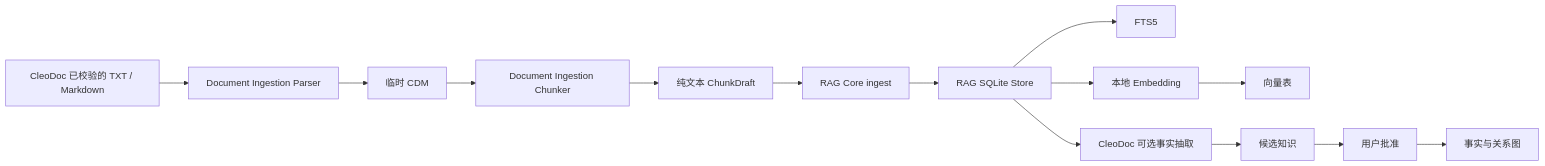
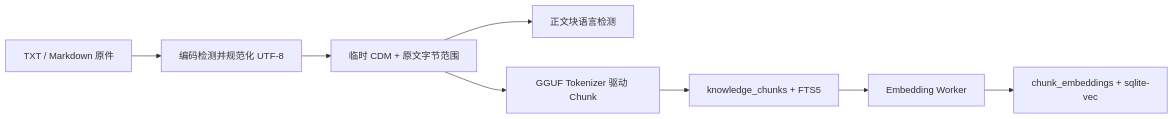
One commit to Mengman/CleoDoc changed the second of 3 diagrams in docs/TECHNICAL_ARCHITECTURE.md. Above: the diagram before and after it, drawn with Mermaid. The commit also changed other lines of this file and 13 other files, not shown here.

````diff
--- a/docs/TECHNICAL_ARCHITECTURE.md
+++ b/docs/TECHNICAL_ARCHITECTURE.md
@@ -517,16 +148,10 @@
 ```mermaid
 flowchart LR
-    SOURCE["CleoDoc 已校验的 TXT / Markdown"] --> PARSE["Document Ingestion Parser"]
-    PARSE --> CDM["临时 CDM"]
-    CDM --> CHUNKER["Document Ingestion Chunker"]
-    CHUNKER --> DRAFT["纯文本 ChunkDraft"]
-    DRAFT --> RAG["RAG Core ingest"]
-    RAG --> SQLITE["RAG SQLite Store"]
-    SQLITE --> FTS["FTS5"]
-    SQLITE --> EMBED["本地 Embedding"]
-    SQLITE --> EXTRACT["CleoDoc 可选事实抽取"]
-    EMBED --> VECTOR["向量表"]
-    EXTRACT --> CANDIDATE["候选知识"]
-    CANDIDATE --> APPROVE["用户批准"]
-    APPROVE --> GRAPH["事实与关系图"]
+    RAW["TXT / Markdown 原件"] --> DECODE["编码检测并规范化 UTF-8"]
+    DECODE --> PARSE["临时 CDM + 原文字节范围"]
+    PARSE --> LANG["正文块语言检测"]
+    PARSE --> CHUNK["GGUF Tokenizer 驱动 Chunk"]
+    CHUNK --> DB["knowledge_chunks + FTS5"]
+    DB --> WORKER["Embedding Worker"]
+    WORKER --> VECTOR["chunk_embeddings + sqlite-vec"]
 ```
````
